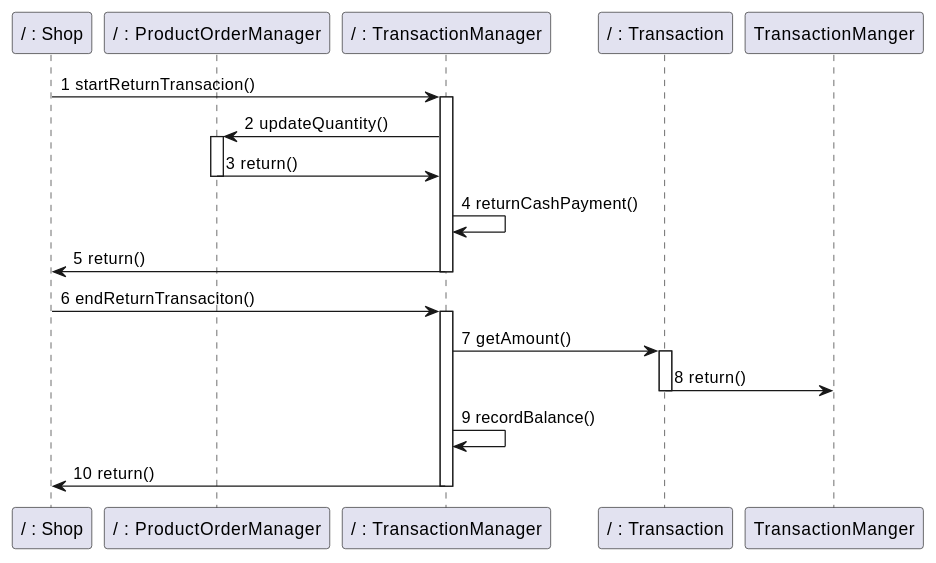
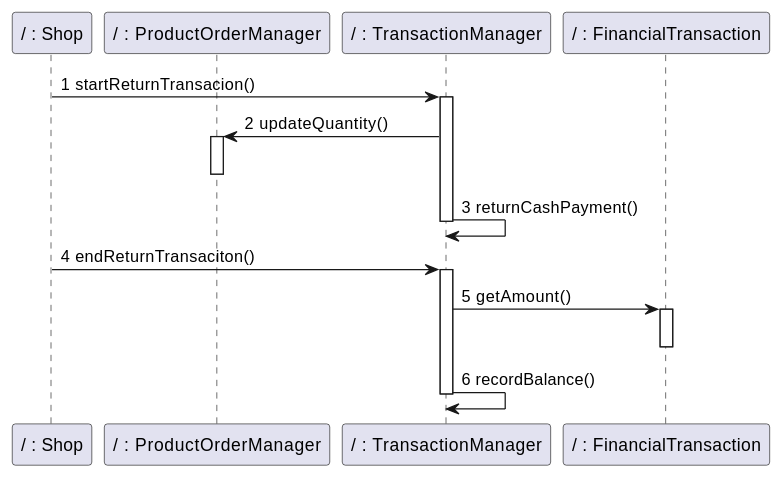
One commit to nicolabattaglino/ezshop changed diagram 15 of 18 in Deliverables/DesignDocument.md. Above: the diagram before and after it, drawn with PlantUML. The commit also changed other lines of this file, not shown here.

````diff
--- a/Deliverables/DesignDocument.md
+++ b/Deliverables/DesignDocument.md
@@ -849,27 +845,23 @@
 ```plantuml
 @startuml
 
 participant "/ : Shop" as Shop
 participant "/ : ProductOrderManager" as ProductOrderManager
 participant "/ : TransactionManager" as TransactionManager
-participant "/ : Transaction" as Transaction
+participant "/ : FinancialTransaction" as FinancialTransaction
 Shop -> TransactionManager:1 startReturnTransacion()
 activate TransactionManager
 TransactionManager -> ProductOrderManager:2 updateQuantity()
 activate ProductOrderManager
-ProductOrderManager -> TransactionManager:3 return()
 deactivate ProductOrderManager
-TransactionManager -> TransactionManager:4 returnCashPayment()
-TransactionManager  -> Shop:5 return()
+TransactionManager -> TransactionManager:3 returnCashPayment()
 deactivate TransactionManager 
-Shop -> TransactionManager:6 endReturnTransaciton()
+Shop -> TransactionManager:4 endReturnTransaciton()
 activate TransactionManager
-TransactionManager-> Transaction:7 getAmount()
-activate Transaction
-Transaction -> TransactionManger:8 return()
-deactivate Transaction
-TransactionManager -> TransactionManager:9 recordBalance() 
-TransactionManager -> Shop:10 return()
+TransactionManager-> FinancialTransaction:5 getAmount()
+activate FinancialTransaction
+deactivate FinancialTransaction
+TransactionManager -> TransactionManager:6 recordBalance() 
 deactivate TransactionManager 
 @enduml
 ```
````
